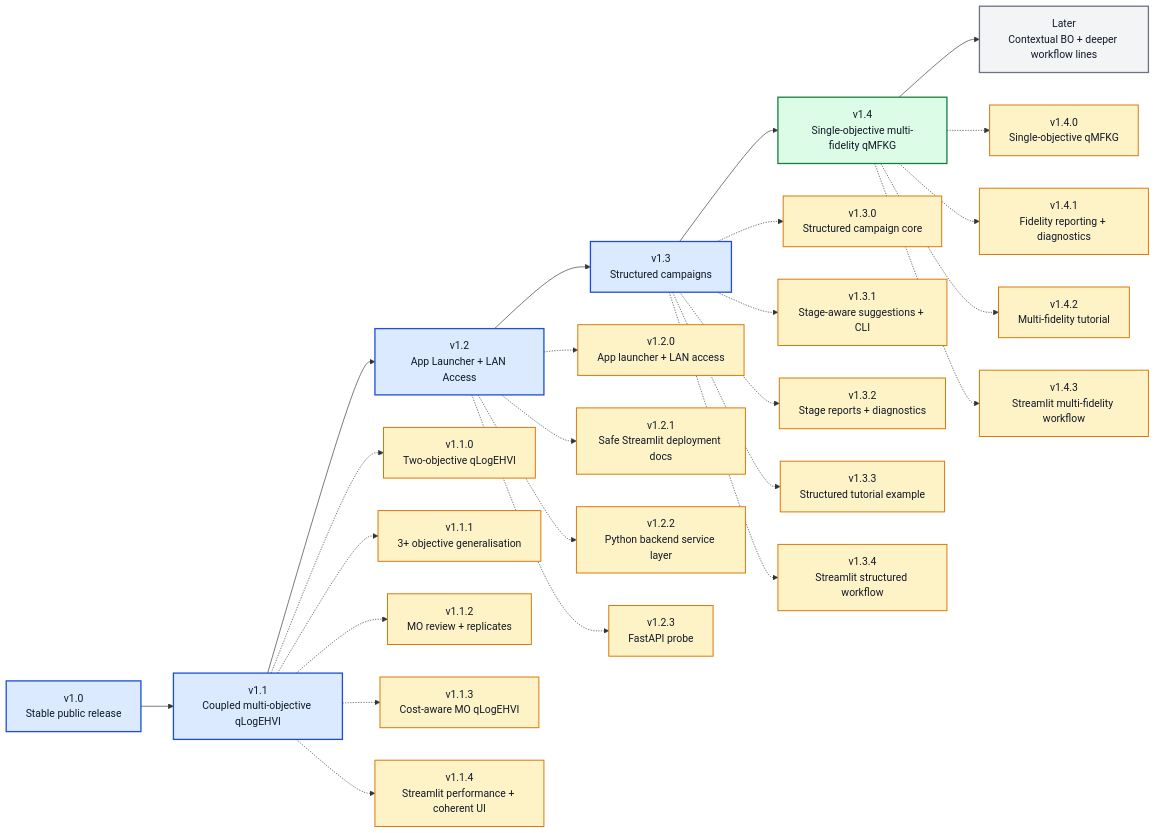
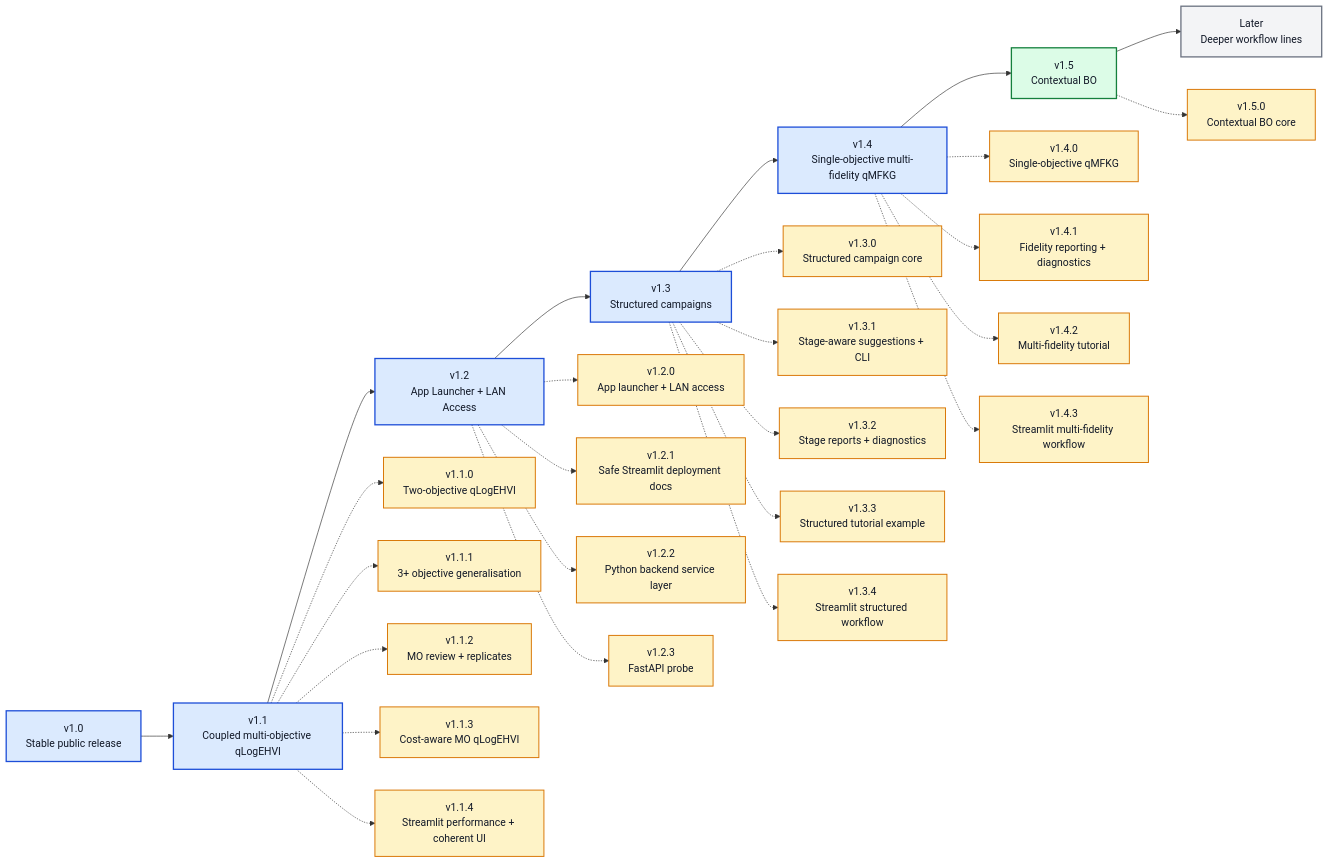
The diagram in ROADMAP_V1_X.md (angzeli/bo-forge), drawn with Mermaid before and after one commit. The commit also changed other lines of this file and 33 other files, not shown here.

````diff
--- a/ROADMAP_V1_X.md
+++ b/ROADMAP_V1_X.md
@@ -7,52 +7,54 @@
 ```mermaid
 flowchart LR
-    v10["v1.0<br/>Stable public release"] --> v11["v1.1<br/>Coupled multi-objective qLogEHVI"] --> v12["v1.2<br/>App Launcher + LAN Access"] --> v13["v1.3<br/>Structured campaigns"] --> v14["v1.4<br/>Single-objective multi-fidelity qMFKG"] --> later["Later<br/>Contextual BO + deeper workflow lines"]
+    v10["v1.0<br/>Stable public release"] --> v11["v1.1<br/>Coupled multi-objective qLogEHVI"] --> v12["v1.2<br/>App Launcher + LAN Access"] --> v13["v1.3<br/>Structured campaigns"] --> v14["v1.4<br/>Single-objective multi-fidelity qMFKG"] --> v15["v1.5<br/>Contextual BO"] --> later["Later<br/>Deeper workflow lines"]
 
     v110["v1.1.0<br/>Two-objective qLogEHVI"]
     v111["v1.1.1<br/>3+ objective generalisation"]
     v112["v1.1.2<br/>MO review + replicates"]
     v113["v1.1.3<br/>Cost-aware MO qLogEHVI"]
     v114["v1.1.4<br/>Streamlit performance + coherent UI"]
     v120["v1.2.0<br/>App launcher + LAN access"]
     v121["v1.2.1<br/>Safe Streamlit deployment docs"]
     v122["v1.2.2<br/>Python backend service layer"]
     v123["v1.2.3<br/>FastAPI probe"]
     v130["v1.3.0<br/>Structured campaign core"]
     v131["v1.3.1<br/>Stage-aware suggestions + CLI"]
     v132["v1.3.2<br/>Stage reports + diagnostics"]
     v133["v1.3.3<br/>Structured tutorial example"]
     v134["v1.3.4<br/>Streamlit structured workflow"]
     v140["v1.4.0<br/>Single-objective qMFKG"]
     v141["v1.4.1<br/>Fidelity reporting + diagnostics"]
     v142["v1.4.2<br/>Multi-fidelity tutorial"]
     v143["v1.4.3<br/>Streamlit multi-fidelity workflow"]
+    v150["v1.5.0<br/>Contextual BO core"]
     
     v11 -.-> v110
     v11 -.-> v111
     v11 -.-> v112
     v11 -.-> v113
     v11 -.-> v114
     v12 -.-> v120
     v12 -.-> v121
     v12 -.-> v122
     v12 -.-> v123
     v13 -.-> v130
     v13 -.-> v131
     v13 -.-> v132
     v13 -.-> v133
     v13 -.-> v134
     v14 -.-> v140
     v14 -.-> v141
     v14 -.-> v142
     v14 -.-> v143
+    v15 -.-> v150
 
-    class v10,v11,v12,v13 majorDone
-    class v14 majorActive
+    class v10,v11,v12,v13,v14 majorDone
+    class v15 majorActive
     class later majorFuture
-    class v110,v111,v112,v113,v114,v120,v121,v122,v123,v130,v131,v132,v133,v134,v140,v141,v142,v143 patchDone
+    class v110,v111,v112,v113,v114,v120,v121,v122,v123,v130,v131,v132,v133,v134,v140,v141,v142,v143,v150 patchDone
 
     classDef majorDone fill:#dbeafe,stroke:#1d4ed8,stroke-width:2px,color:#111827;
     classDef majorActive fill:#dcfce7,stroke:#15803d,stroke-width:2px,color:#111827;
     classDef majorFuture fill:#f3f4f6,stroke:#6b7280,stroke-width:2px,color:#111827;
     classDef patchDone fill:#fef3c7,stroke:#d97706,stroke-width:1.5px,color:#111827;
 ```
````
